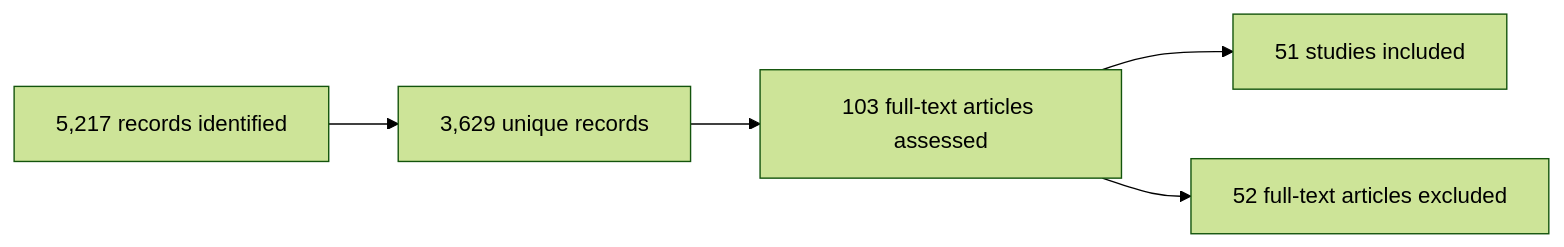
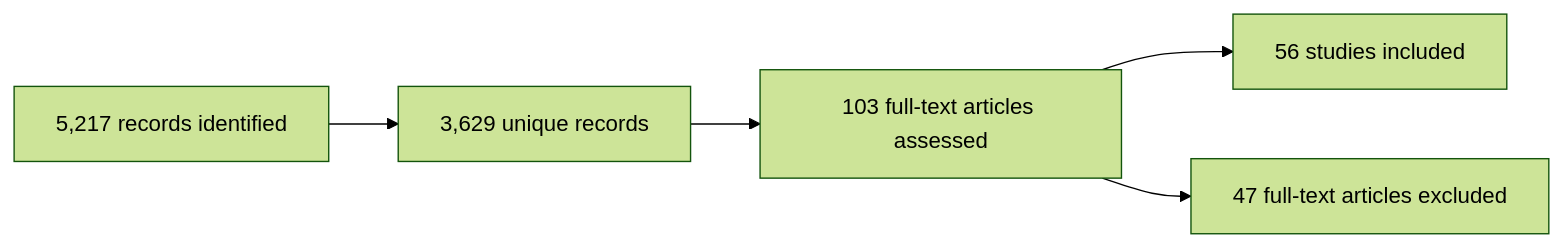
The diagram in README.md (ai4smlab/Causal-RCA-Review), drawn with Mermaid (forest theme) before and after one commit. The commit also changed other lines of this file, not shown here.

````diff
--- a/README.md
+++ b/README.md
@@ -37,7 +37,7 @@
 ```mermaid
 flowchart LR
     A["5,217 records identified"] --> B["3,629 unique records"]
     B --> C["103 full-text articles assessed"]
-    C --> D["51 studies included"]
-    C --> E["52 full-text articles excluded"]
+    C --> D["56 studies included"]
+    C --> E["47 full-text articles excluded"]
 ```
````
